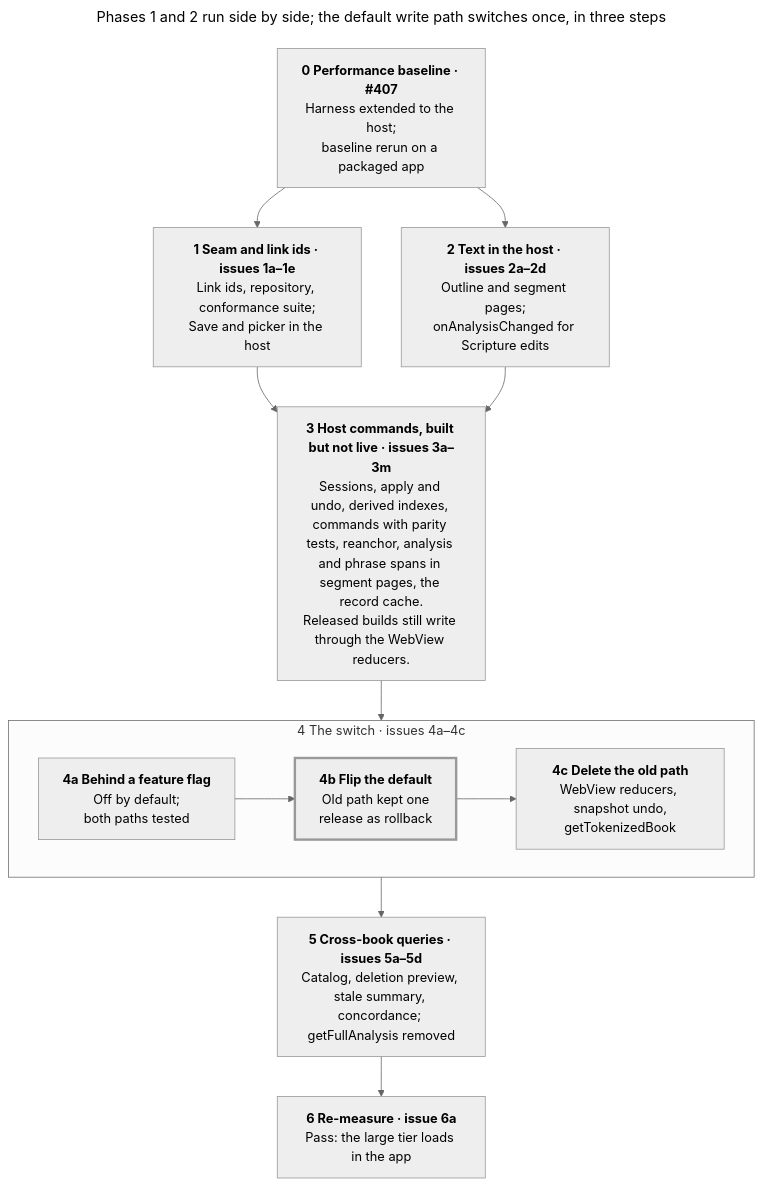
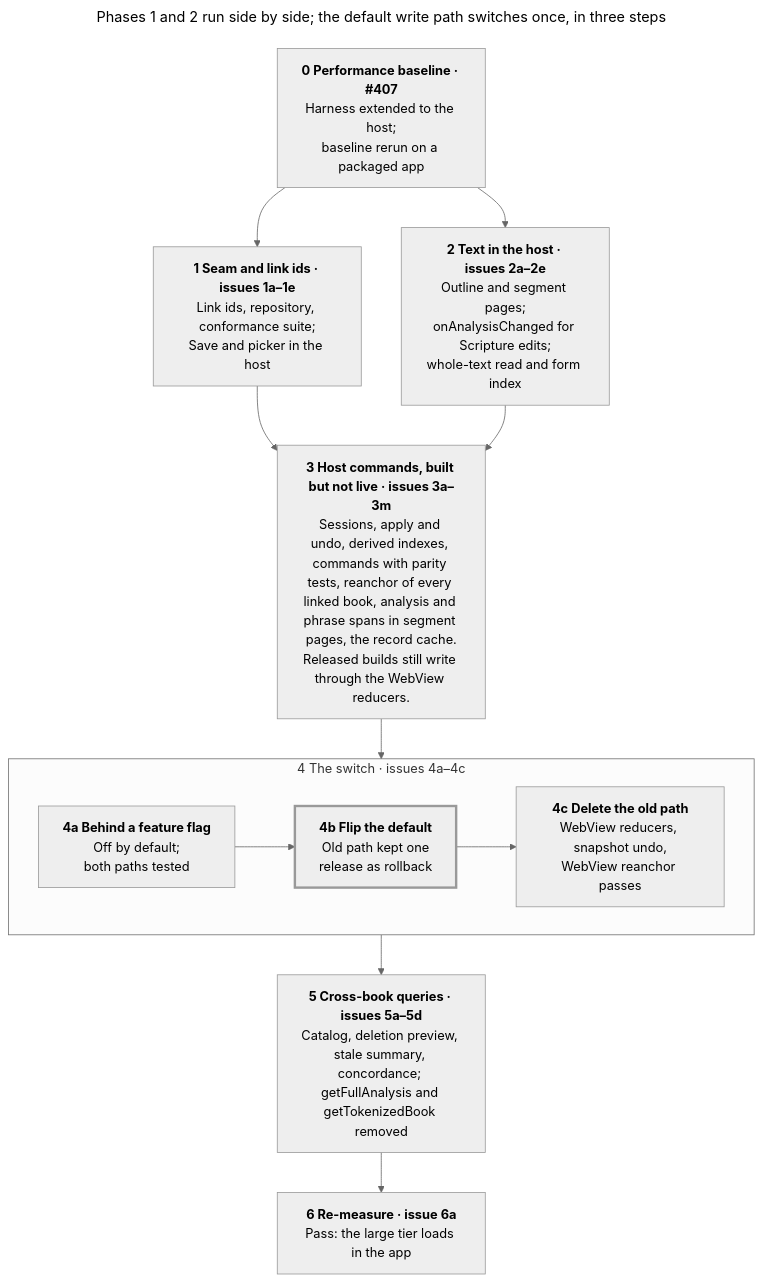
The second of 2 diagrams in docs/data-layer-plan/plan.md (sillsdev/interlinearizer-extension), drawn with Mermaid (neutral theme) before and after one commit. The commit also changed other lines of this file, not shown here.

First line of the commit message:
Carry #399's whole-text checks into the data layer plan

````diff
--- a/docs/data-layer-plan/plan.md
+++ b/docs/data-layer-plan/plan.md
@@ -112,24 +118,24 @@
 ```mermaid
 ---
 title: Phases 1 and 2 run side by side; the default write path switches once, in three steps
 ---
 flowchart TB
   p0["<b>0 Performance baseline · #407</b><br/>Harness extended to the host;<br/>baseline rerun on a packaged app"]
   p1["<b>1 Seam and link ids · issues 1a–1e</b><br/>Link ids, repository, conformance suite;<br/>Save and picker in the host"]
-  p2["<b>2 Text in the host · issues 2a–2d</b><br/>Outline and segment pages;<br/>onAnalysisChanged for Scripture edits"]
-  p3["<b>3 Host commands, built but not live · issues 3a–3m</b><br/>Sessions, apply and undo, derived indexes, commands with parity tests, reanchor, analysis and phrase spans in segment pages, the record cache.<br/>Released builds still write through the WebView reducers."]
+  p2["<b>2 Text in the host · issues 2a–2e</b><br/>Outline and segment pages;<br/>onAnalysisChanged for Scripture edits;<br/>whole-text read and form index"]
+  p3["<b>3 Host commands, built but not live · issues 3a–3m</b><br/>Sessions, apply and undo, derived indexes, commands with parity tests, reanchor of every linked book, analysis and phrase spans in segment pages, the record cache.<br/>Released builds still write through the WebView reducers."]
   subgraph p4["4 The switch · issues 4a–4c"]
     direction LR
     p4a["<b>4a Behind a feature flag</b><br/>Off by default;<br/>both paths tested"]
     p4b["<b>4b Flip the default</b><br/>Old path kept one<br/>release as rollback"]
-    p4c["<b>4c Delete the old path</b><br/>WebView reducers, snapshot undo,<br/>getTokenizedBook"]
+    p4c["<b>4c Delete the old path</b><br/>WebView reducers, snapshot undo,<br/>WebView reanchor passes"]
     p4a --> p4b --> p4c
   end
-  p5["<b>5 Cross-book queries · issues 5a–5d</b><br/>Catalog, deletion preview, stale summary, concordance; getFullAnalysis removed"]
+  p5["<b>5 Cross-book queries · issues 5a–5d</b><br/>Catalog, deletion preview, stale summary, concordance; getFullAnalysis and getTokenizedBook removed"]
   p6["<b>6 Re-measure · issue 6a</b><br/>Pass: the large tier loads in the app"]
   p0 --> p1 & p2
   p1 & p2 --> p3
   p3 --> p4 --> p5 --> p6
   classDef flip stroke-width:3px
   class p4b flip
 ```
````
